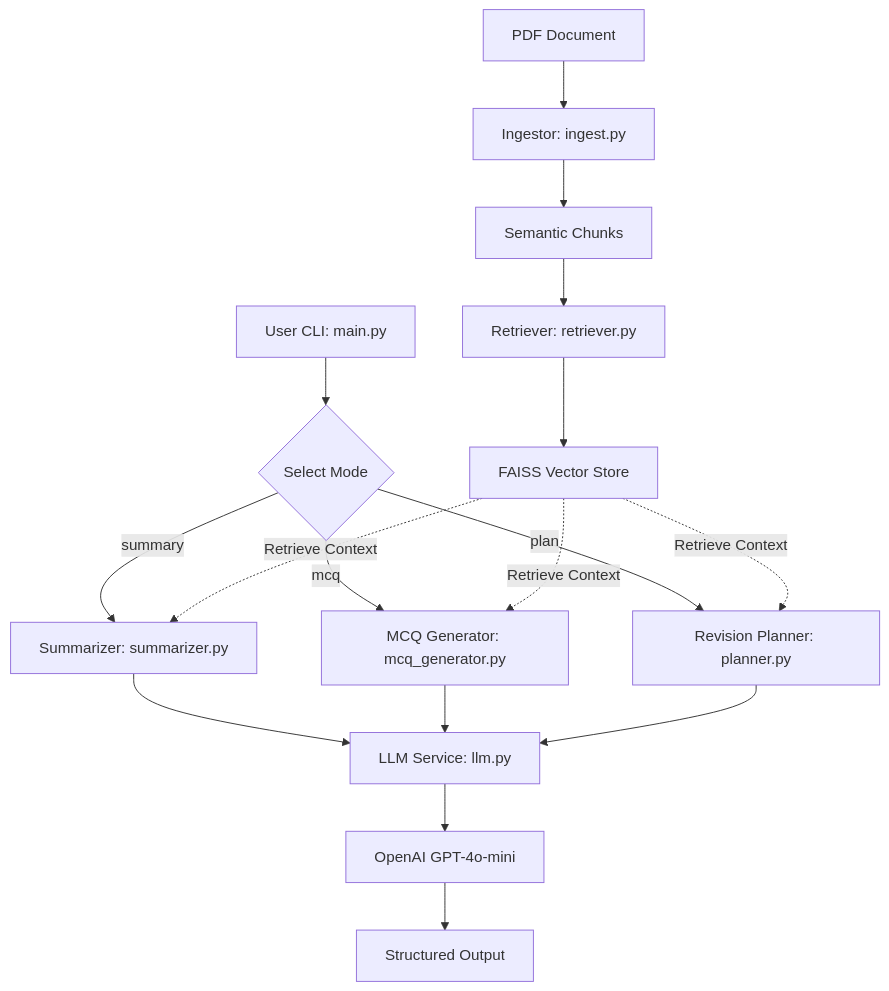
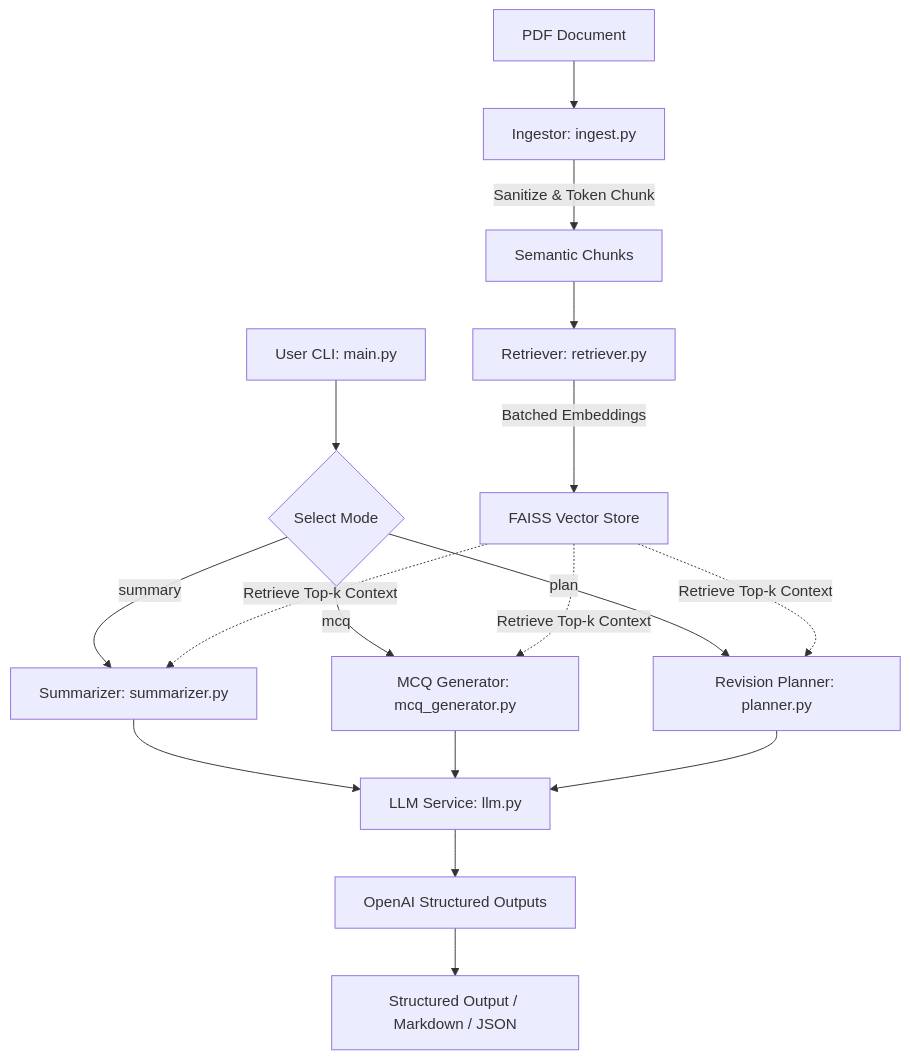
One commit to GeekGoku09/ai-study-companion changed the diagram in README.md. Above: the diagram before and after it, drawn with Mermaid. The commit also changed other lines of this file and 19 other files, not shown here.

````diff
--- a/README.md
+++ b/README.md
@@ -23,17 +19,17 @@
 ```mermaid
 graph TD
     A[PDF Document] --> B[Ingestor: ingest.py]
-    B --> C[Semantic Chunks]
+    B -->|Sanitize & Token Chunk| C[Semantic Chunks]
     C --> D[Retriever: retriever.py]
-    D --> E[FAISS Vector Store]
+    D -->|Batched Embeddings| E[FAISS Vector Store]
     
     F[User CLI: main.py] --> G{Select Mode}
     G -->|summary| H[Summarizer: summarizer.py]
     G -->|mcq| I[MCQ Generator: mcq_generator.py]
     G -->|plan| J[Revision Planner: planner.py]
     
     H & I & J --> K[LLM Service: llm.py]
-    K --> L[OpenAI GPT-4o-mini]
-    E -.->|Retrieve Context| H & I & J
-    L --> M[Structured Output]
+    K --> L[OpenAI Structured Outputs]
+    E -.->|Retrieve Top-k Context| H & I & J
+    L --> M[Structured Output / Markdown / JSON]
 ```
````
